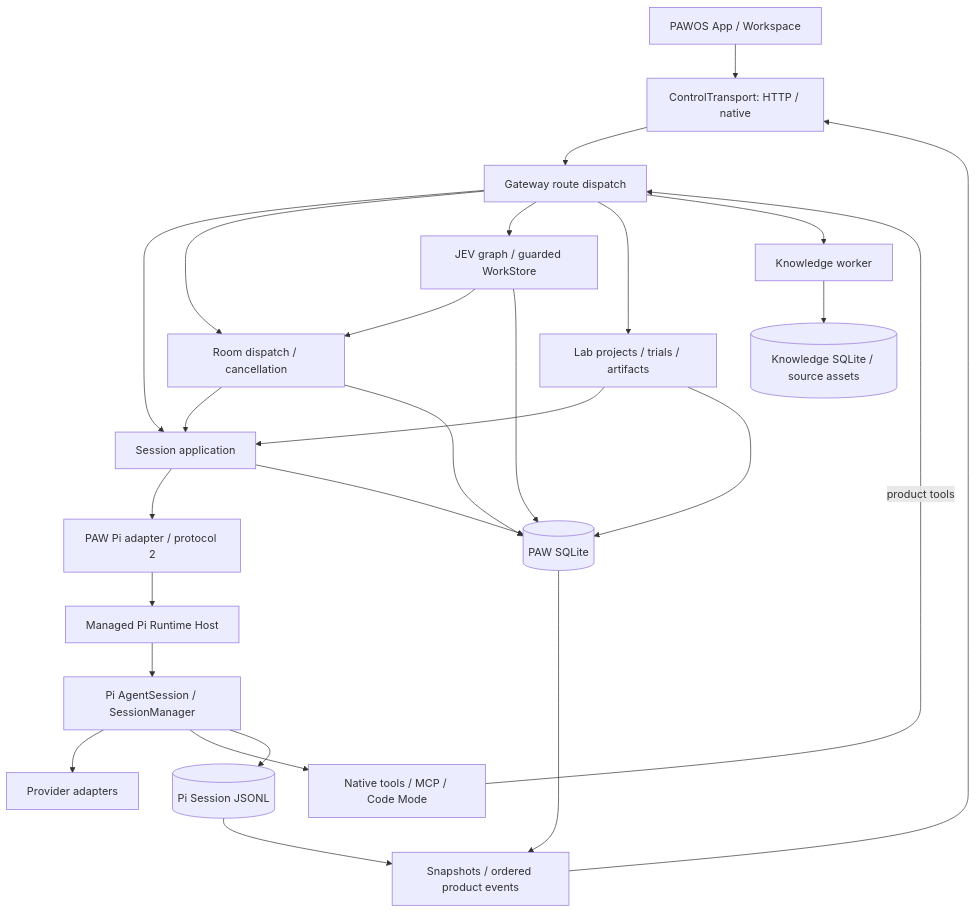
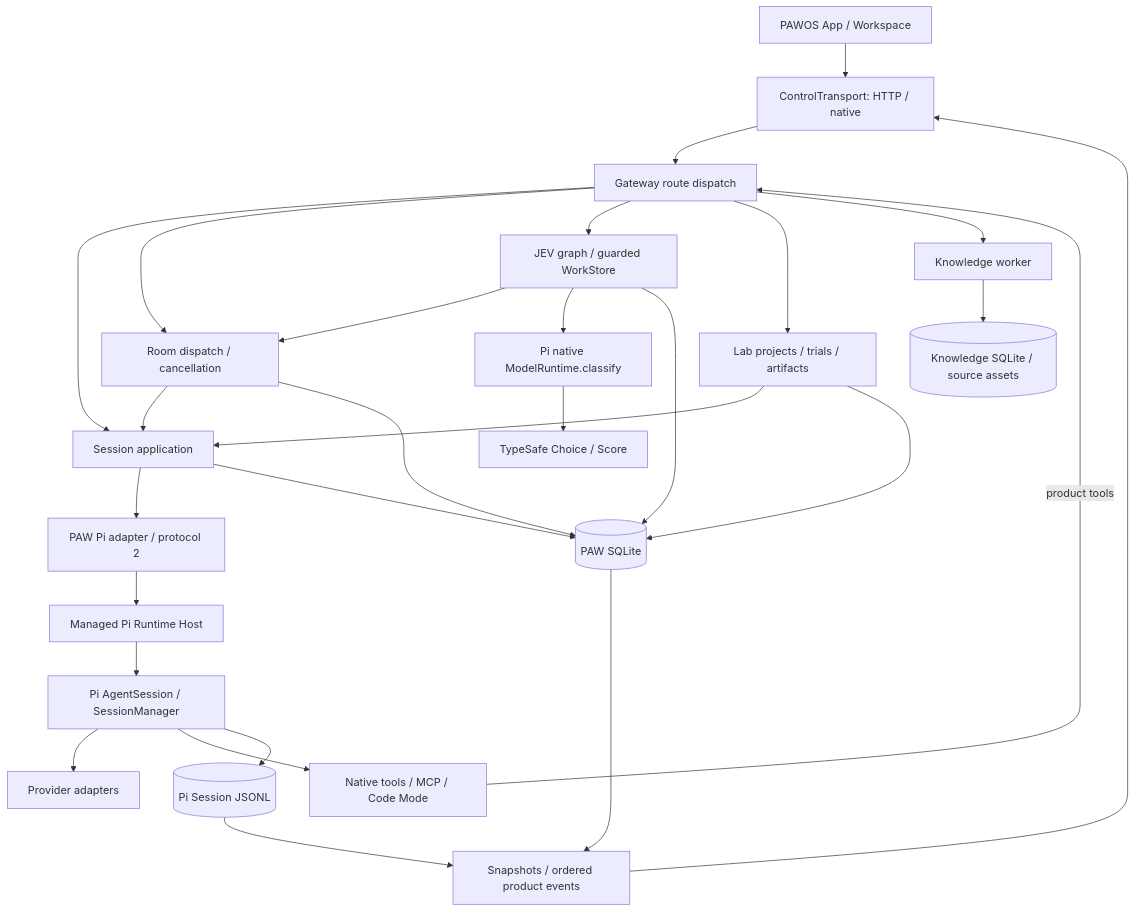
The first of 2 diagrams in ARCHITECTURE.md (7155/personal-agent-workbench), drawn with Mermaid before and after one commit. The commit also changed other lines of this file and 9 other files, not shown here.

````diff
--- a/ARCHITECTURE.md
+++ b/ARCHITECTURE.md
@@ -7,24 +7,26 @@
 ```mermaid
 flowchart TD
     UI[PAWOS App / Workspace] --> Transport[ControlTransport: HTTP / native]
     Transport --> Gateway[Gateway route dispatch]
     Gateway --> Session[Session application]
     Gateway --> Room[Room dispatch / cancellation]
     Gateway --> Jev[JEV graph / guarded WorkStore]
     Gateway --> Lab[Lab projects / trials / artifacts]
     Gateway --> Knowledge[Knowledge worker]
     Jev --> Room
     Room --> Session
     Lab --> Session
     Session --> Adapter[PAW Pi adapter / protocol 2]
     Adapter --> Host[Managed Pi Runtime Host]
+    Jev --> Classify[Pi native ModelRuntime.classify]
+    Classify --> TypeSafe[TypeSafe Choice / Score]
     Host --> Pi[Pi AgentSession / SessionManager]
     Pi --> Models[Provider adapters]
     Pi --> Tools[Native tools / MCP / Code Mode]
     Tools -->|product tools| Gateway
     Session & Room & Jev & Lab --> DB[(PAW SQLite)]
     Knowledge --> KDB[(Knowledge SQLite / source assets)]
     Pi --> Transcript[(Pi Session JSONL)]
     DB & Transcript --> Projection[Snapshots / ordered product events]
     Projection --> Transport
 ```
````
